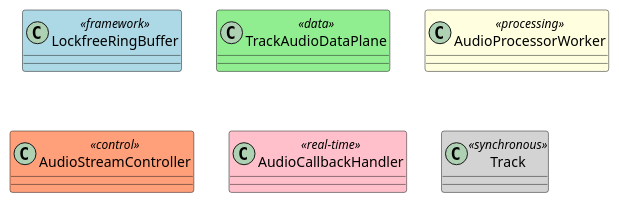
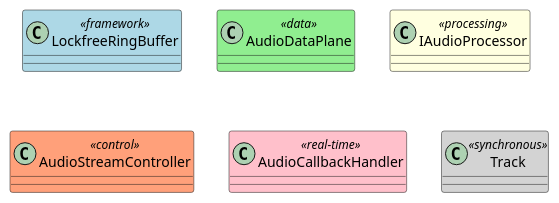
The first of 2 diagrams in .github/agents/PlantUML.agent.md (aidan-clyens/miniaudioengine), drawn with PlantUML before and after one commit. The commit also changed other lines of this file and 7 other files, not shown here.

````diff
--- a/.github/agents/PlantUML.agent.md
+++ b/.github/agents/PlantUML.agent.md
@@ -113,22 +113,22 @@
 ```plantuml
 @startuml
 skinparam classAttributeIconSize 0
 skinparam monochrome false
 
 ' Framework (Layer 0) - blue
 class LockfreeRingBuffer <<framework>> #lightblue
 
 ' Data Plane (Layer 1) - green  
-class TrackAudioDataPlane <<data>> #lightgreen
+class AudioDataPlane <<data>> #lightgreen
 
 ' Processing Plane (Layer 2) - yellow
-class AudioProcessorWorker <<processing>> #lightyellow
+class IAudioProcessor <<processing>> #lightyellow
 
 ' Control Plane (Layer 3) - orange
 class AudioStreamController <<control>> #lightsalmon
 
 ' Threading annotations
 class AudioCallbackHandler <<real-time>> #pink
 class Track <<synchronous>> #lightgray
 @enduml
 ```
````
